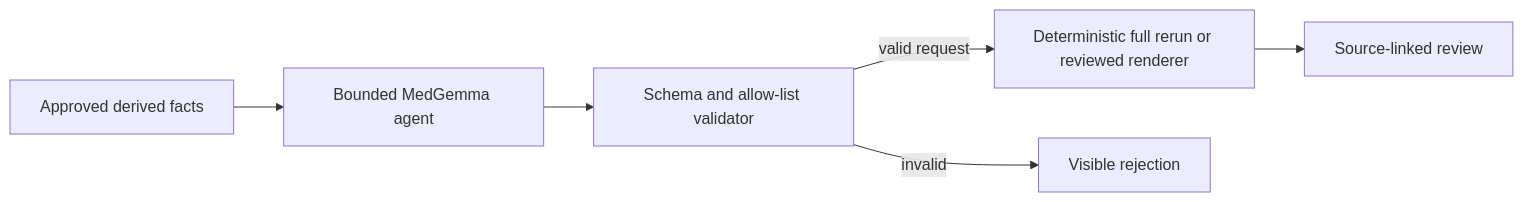
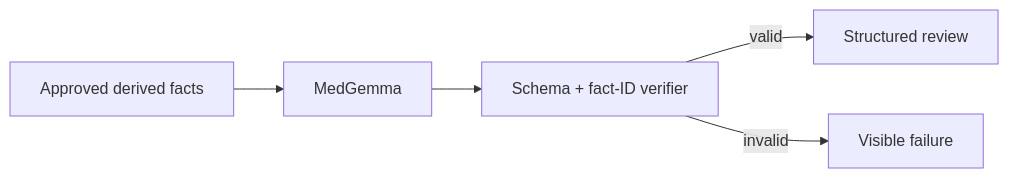
Before and after one commit to RealWooblay/medhack: the second of 2 diagrams in ARCHITECTURE.md, drawn with Mermaid. The commit also changed other lines of this file and 40 other files, not shown here.

Commit message:
Build fail-closed PharmCAT validation and MedGemma gateway

````diff
--- a/ARCHITECTURE.md
+++ b/ARCHITECTURE.md
@@ -128,8 +96,7 @@
 ```mermaid
 flowchart LR
-    A["Approved derived facts"] --> B["Bounded MedGemma agent"]
-    B --> C["Schema and allow-list validator"]
-    C -->|"valid request"| D["Deterministic full rerun or reviewed renderer"]
-    C -->|"invalid"| E["Visible rejection"]
-    D --> F["Source-linked review"]
+    A["Approved derived facts"] --> B["MedGemma"]
+    B --> C["Schema + fact-ID verifier"]
+    C -->|"valid"| D["Structured review"]
+    C -->|"invalid"| E["Visible failure"]
 ```
````
